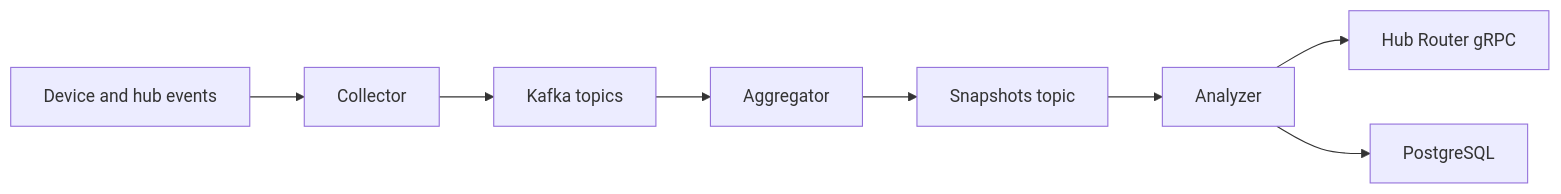
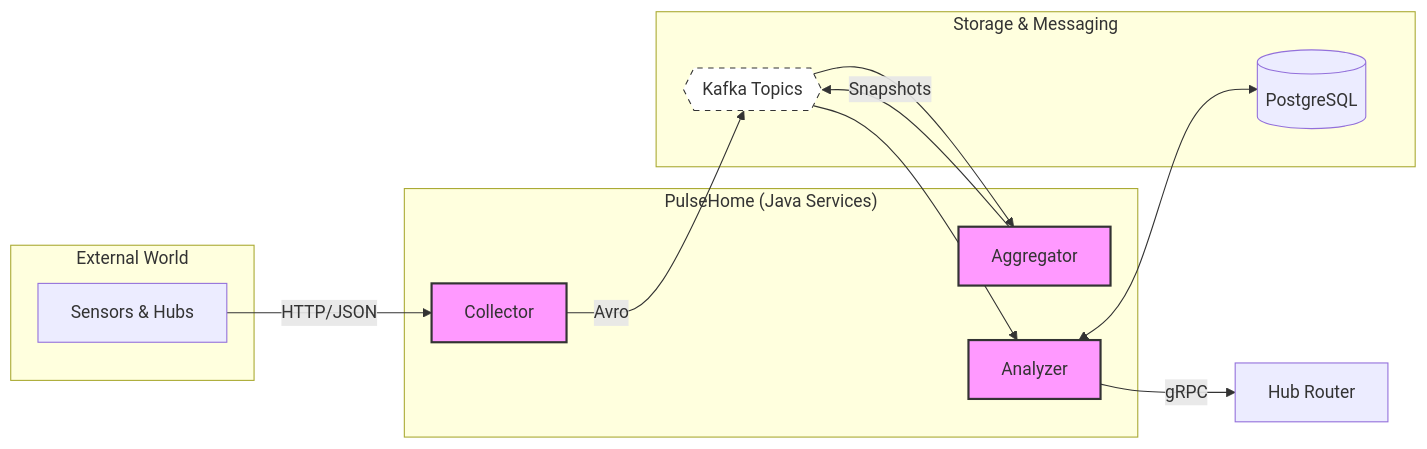
Before and after one commit to DokPlay/PulseHome: the diagram in README.md, drawn with Mermaid.

````diff
--- a/README.md
+++ b/README.md
@@ -27,10 +27,31 @@
 ```mermaid
 flowchart LR
-    A["Device and hub events"] --> B["Collector"]
-    B --> C["Kafka topics"]
-    C --> D["Aggregator"]
-    D --> E["Snapshots topic"]
-    E --> F["Analyzer"]
-    F --> G["Hub Router gRPC"]
-    F --> H["PostgreSQL"]
+    subgraph Devices ["External World"]
+        A["Sensors & Hubs"]
+    end
+
+    subgraph Platform ["PulseHome (Java Services)"]
+        B["Collector"]
+        D["Aggregator"]
+        F["Analyzer"]
+    end
+
+    subgraph Infra ["Storage & Messaging"]
+        C{{"Kafka Topics"}}
+        H[("PostgreSQL")]
+    end
+
+    A -->|HTTP/JSON| B
+    B -->|Avro| C
+    C --> D
+    D -->|Snapshots| C
+    C --> F
+    F <--> H
+    F -->|gRPC| G["Hub Router"]
+    
+    style B fill:#f9f,stroke:#333,stroke-width:2px
+    style D fill:#f9f,stroke:#333,stroke-width:2px
+    style F fill:#f9f,stroke:#333,stroke-width:2px
+    style C fill:#fff,stroke:#333,stroke-dasharray: 5 5
+
 ```
````
